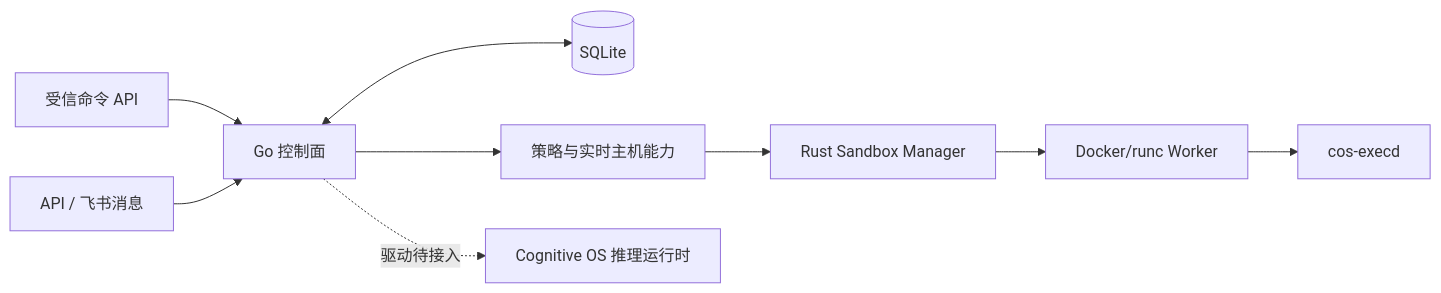
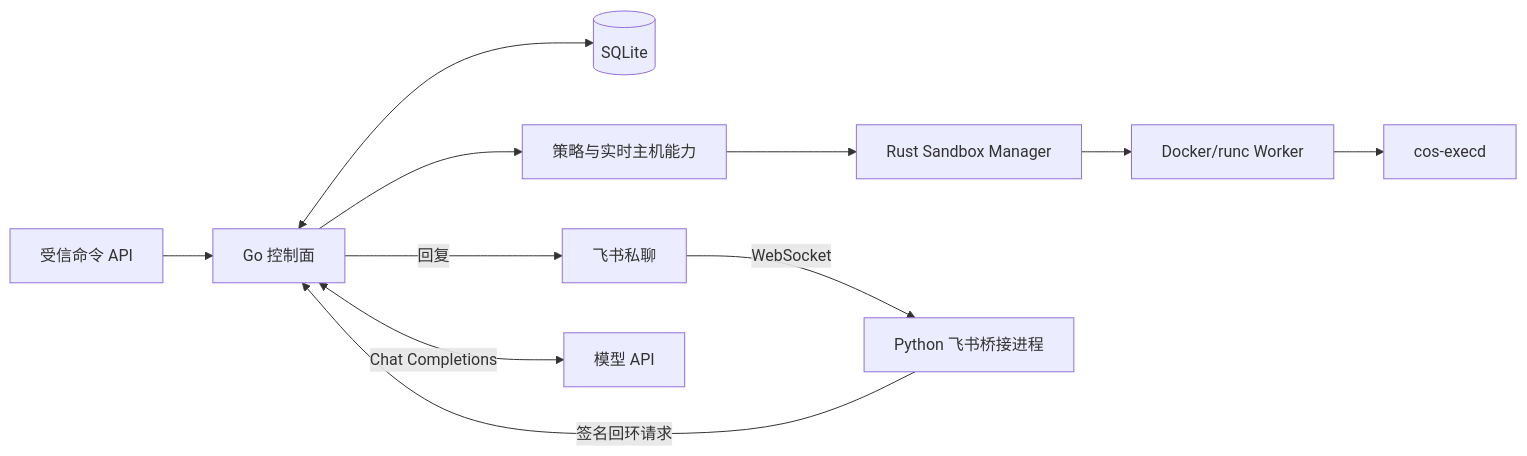
One commit to LeonQin-ai/super-agent-bot-plantform changed the diagram in README.zh-CN.md. Above: the diagram before and after it, drawn with Mermaid. The commit also changed other lines of this file and 1 other file, not shown here.

Commit message:
Document live Feishu deployment in English and Chinese

````diff
--- a/README.zh-CN.md
+++ b/README.zh-CN.md
@@ -34,11 +35,13 @@
 ```mermaid
 flowchart LR
     API[受信命令 API] --> Go[Go 控制面]
     Go <--> DB[(SQLite)]
     Go --> Policy[策略与实时主机能力]
     Policy --> Host[Rust Sandbox Manager]
     Host --> Docker[Docker/runc Worker]
     Docker --> Exec[cos-execd]
-    Messages[API / 飞书消息] --> Go
-    Go -. 驱动待接入 .-> Cognitive[Cognitive OS 推理运行时]
+    Feishu[飞书私聊] -->|WebSocket| Bridge[Python 飞书桥接进程]
+    Bridge -->|签名回环请求| Go
+    Go <-->|Chat Completions| Model[模型 API]
+    Go -->|回复| Feishu
 ```
````
